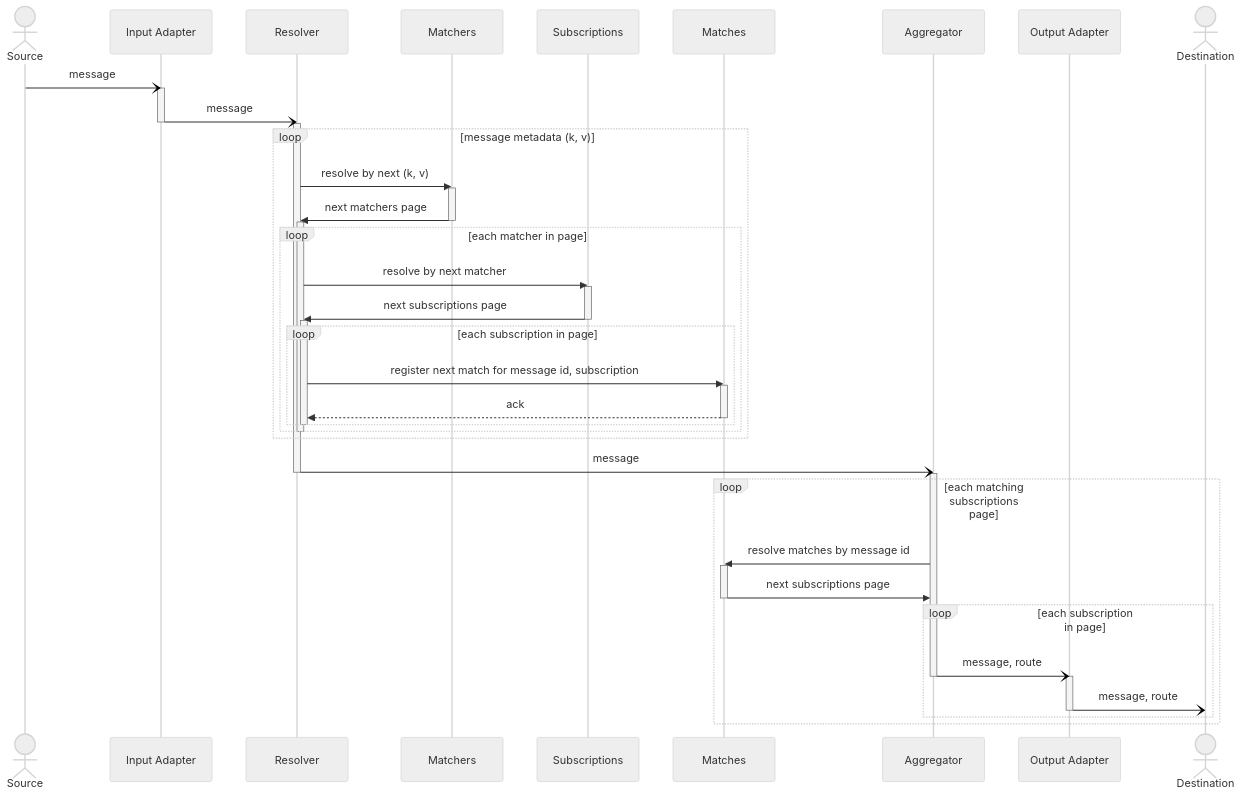
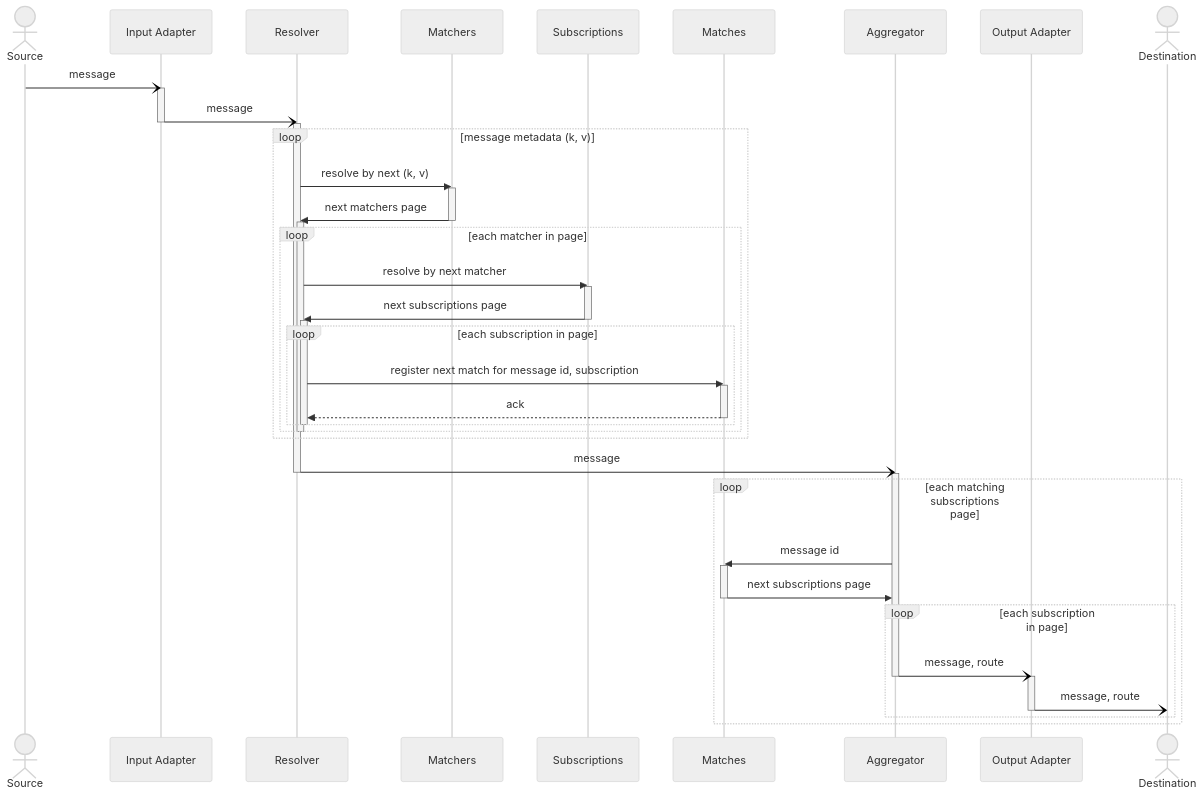
Before and after one commit to awakari/.github: the diagram in profile/README.md, drawn with Mermaid.

````diff
--- a/profile/README.md
+++ b/profile/README.md
@@ -5,70 +5,70 @@
 ```mermaid
 %%{init: {'theme': 'neutral' } }%%
 sequenceDiagram
 
     actor Source
     participant Input Adapter
     participant Resolver
     participant Matchers
     participant Subscriptions
     participant Matches
     participant Aggregator
     participant Output Adapter
     actor Destination
 
     Source-)Input Adapter: message
     activate Input Adapter
         
     Input Adapter-)Resolver: message
     deactivate Input Adapter
     activate Resolver
     
     loop message metadata (k, v)
     
         Resolver->>Matchers: resolve by next (k, v)
         activate Matchers
         Matchers->>Resolver: next matchers page
         deactivate Matchers
         
         activate Resolver
         loop each matcher in page
             
             Resolver->>Subscriptions: resolve by next matcher
             activate Subscriptions
             Subscriptions->>Resolver: next subscriptions page
             deactivate Subscriptions
             
             activate Resolver
             loop each subscription in page
                 Resolver->>Matches: register next match for message id, subscription
                 activate Matches
                 Matches-->>Resolver: ack
                 deactivate Matches
             end
             deactivate Resolver
             
         end
         deactivate Resolver
     end
         
     Resolver-)Aggregator: message
     deactivate Resolver
 
     activate Aggregator
     loop each matching subscriptions page
         
-        Aggregator->>Matches: resolve matches by message id
+        Aggregator->>Matches: message id
         activate Matches
         Matches->>Aggregator: next subscriptions page
         deactivate Matches
         
         loop each subscription in page
             Aggregator-)Output Adapter: message, route
             deactivate Aggregator
             activate Output Adapter
             Output Adapter-)Destination: message, route
             deactivate Output Adapter
         end
         
     end
 ```
````
